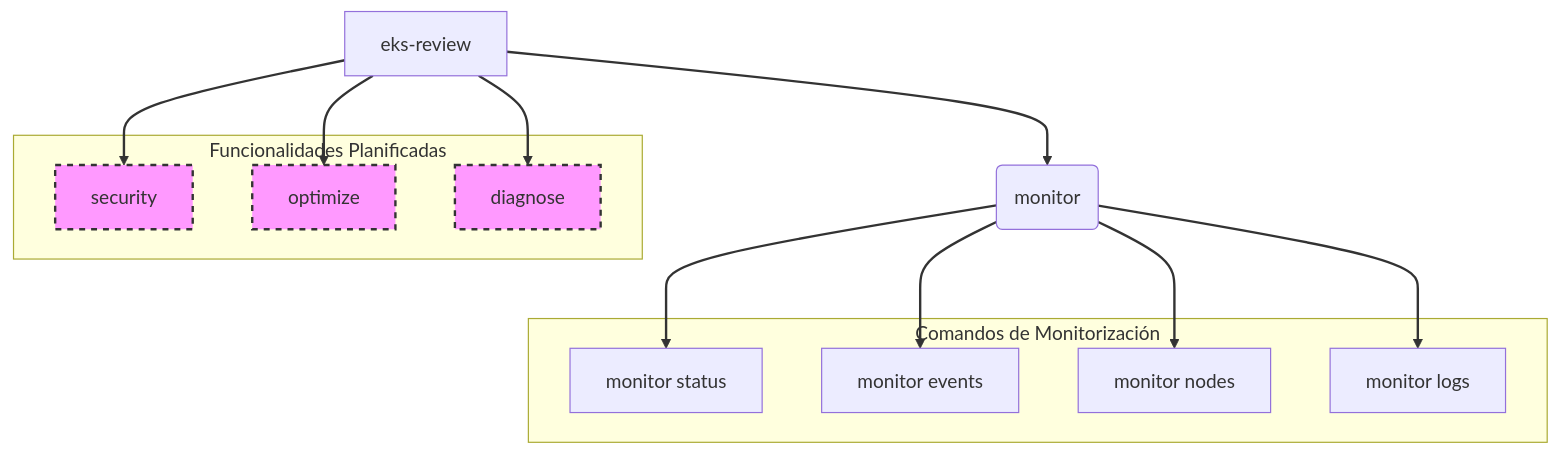
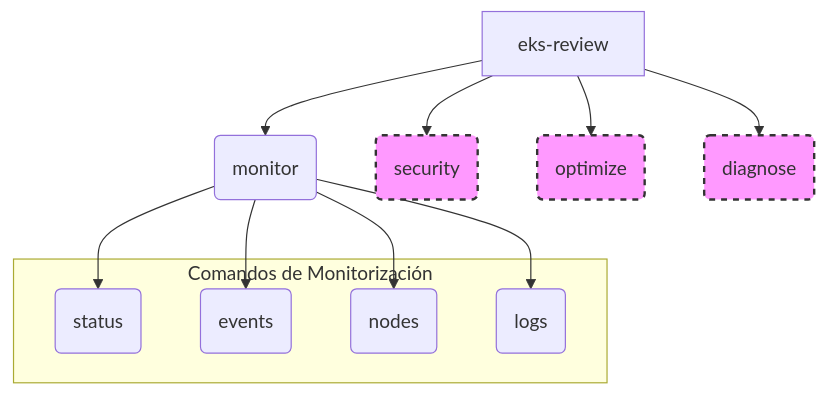
The diagram in README.md (Portfolio-jaime/eks-review-cli), drawn with Mermaid before and after one commit. The commit also changed other lines of this file and 13 other files, not shown here.

````diff
--- a/README.md
+++ b/README.md
@@ -150,30 +117,22 @@
 ```mermaid
 graph TD
     A[eks-review] --> B(monitor)
     B --> C(status)
     B --> D(events)
     B --> H(nodes)
     B --> I(logs)
     A --> E(security)
     A --> F(optimize)
     A --> G(diagnose)
 
     subgraph "Comandos de Monitorización"
-        C["monitor status"]
-        D["monitor events"]
-        H["monitor nodes"]
-        I["monitor logs"]
-    end
-
-    subgraph "Funcionalidades Planificadas"
-        E["security"]
-        F["optimize"]
-        G["diagnose"]
+        C
+        D
+        H
+        I
     end
 
     style E fill:#f9f,stroke:#333,stroke-width:2px,stroke-dasharray: 5 5;
     style F fill:#f9f,stroke:#333,stroke-width:2px,stroke-dasharray: 5 5;
     style G fill:#f9f,stroke:#333,stroke-width:2px,stroke-dasharray: 5 5;
-    classDef planned fill:#f9f,stroke:#333,stroke-width:2px,stroke-dasharray: 5 5;
-    linkStyle default stroke:#333,stroke-width:2px;
 ```
````
